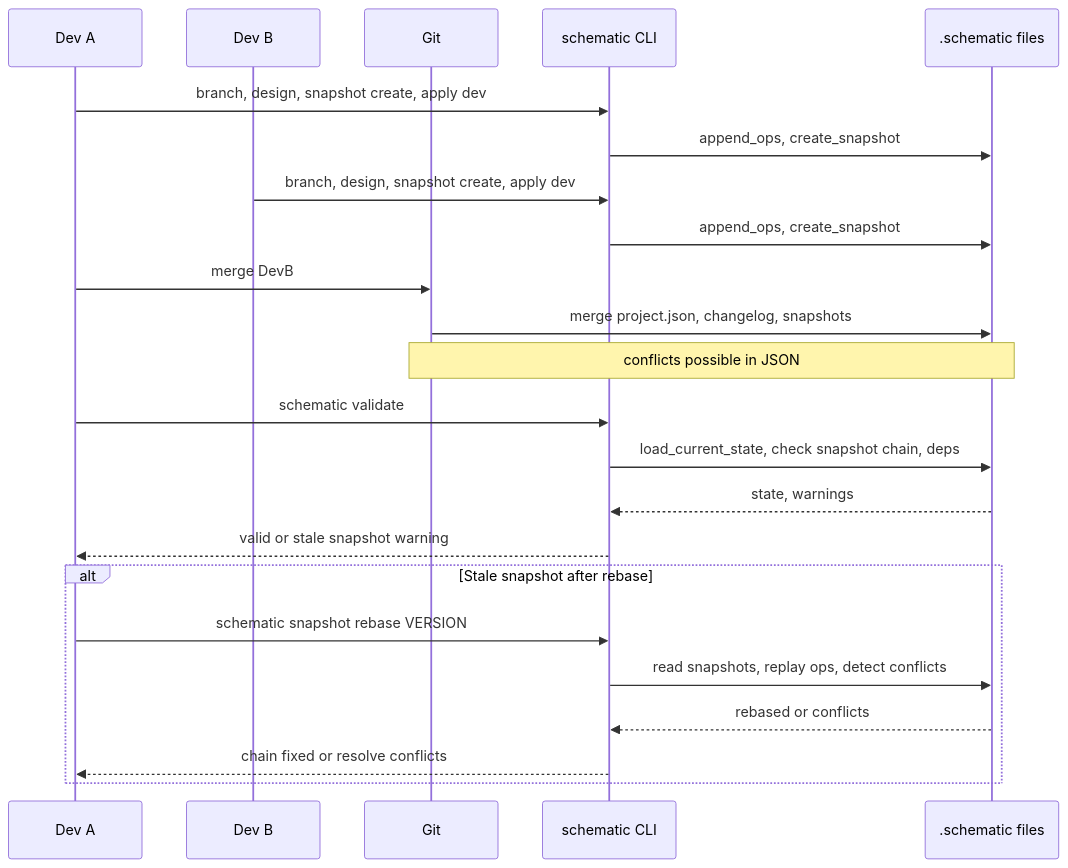
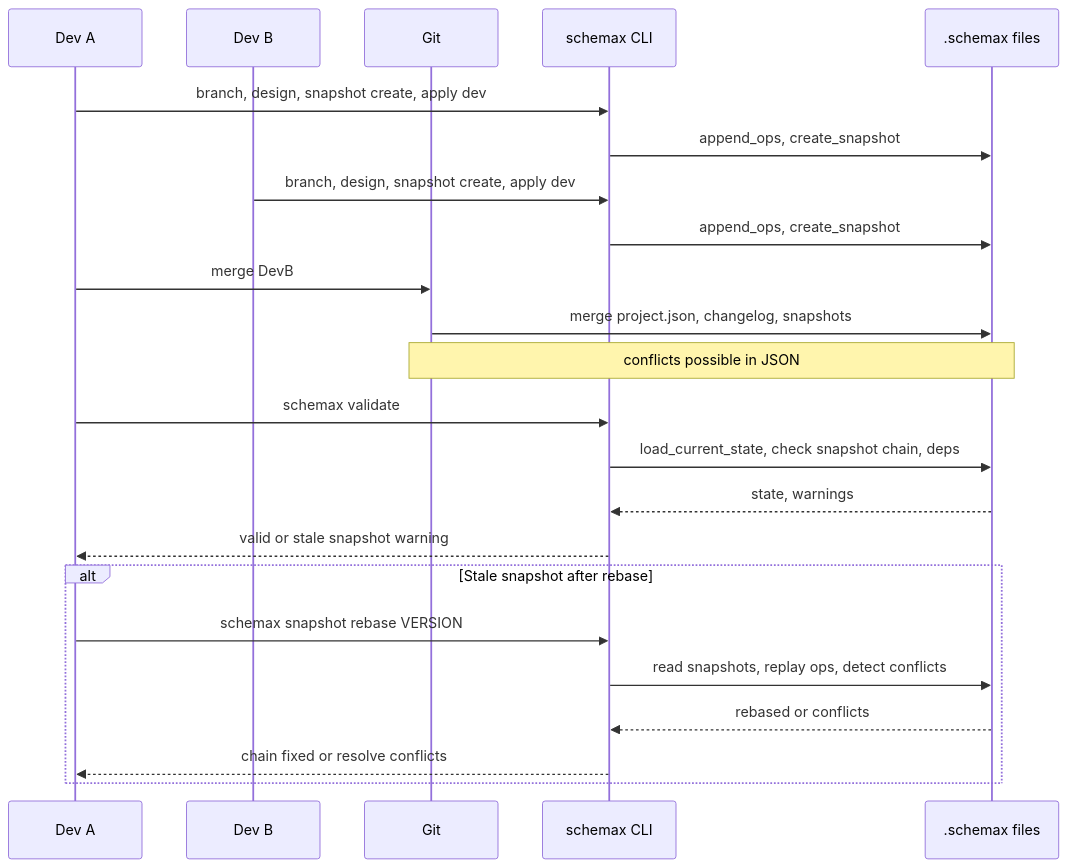
The second of 6 diagrams in docs/WORKFLOWS.md (vb-dbrks/schemax), drawn with Mermaid before and after one commit. The commit also changed other lines of this file and 289 other files, not shown here.

First line of the commit message:
Rename schemax (#100)

````diff
--- a/docs/WORKFLOWS.md
+++ b/docs/WORKFLOWS.md
@@ -93,29 +93,29 @@
 ```mermaid
 sequenceDiagram
   participant DevA as Dev A
   participant DevB as Dev B
   participant Git as Git
-  participant CLI as schematic CLI
-  participant Storage as .schematic files
+  participant CLI as schemax CLI
+  participant Storage as .schemax files
 
   DevA->>CLI: branch, design, snapshot create, apply dev
   CLI->>Storage: append_ops, create_snapshot
   DevB->>CLI: branch, design, snapshot create, apply dev
   CLI->>Storage: append_ops, create_snapshot
 
   DevA->>Git: merge DevB
   Git->>Storage: merge project.json, changelog, snapshots
   Note over Git,Storage: conflicts possible in JSON
 
-  DevA->>CLI: schematic validate
+  DevA->>CLI: schemax validate
   CLI->>Storage: load_current_state, check snapshot chain, deps
   Storage-->>CLI: state, warnings
   CLI-->>DevA: valid or stale snapshot warning
 
   alt Stale snapshot after rebase
-    DevA->>CLI: schematic snapshot rebase VERSION
+    DevA->>CLI: schemax snapshot rebase VERSION
     CLI->>Storage: read snapshots, replay ops, detect conflicts
     Storage-->>CLI: rebased or conflicts
     CLI-->>DevA: chain fixed or resolve conflicts
   end
 ```
````
